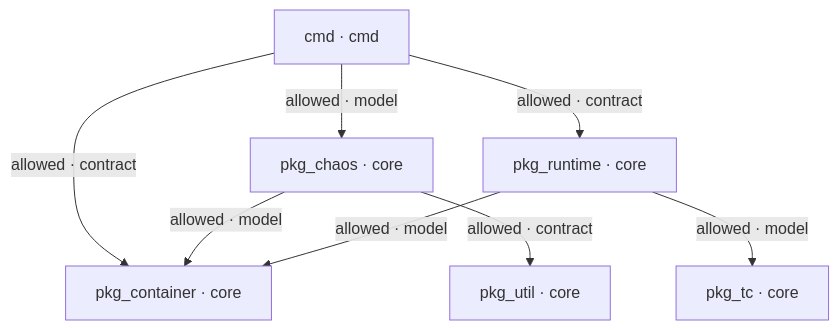
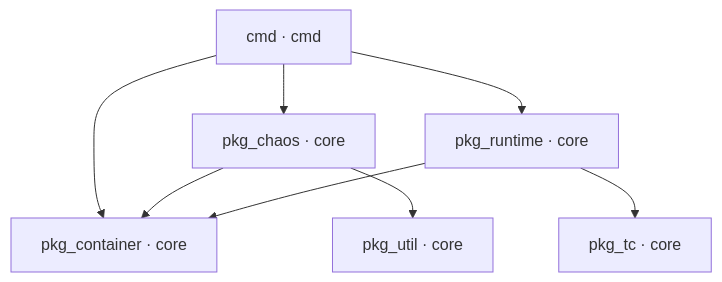
The diagram in docs/architecture.md (alexei-led/pumba), drawn with Mermaid before and after one commit. The commit also changed other lines of this file and 2 other files, not shown here.

````diff
--- a/docs/architecture.md
+++ b/docs/architecture.md
@@ -24,16 +29,16 @@
 ```mermaid
 flowchart TB
-  m0["cmd · cmd"]
-  m1["pkg_chaos · core"]
-  m2["pkg_container · core"]
-  m3["pkg_runtime · core"]
-  m4["pkg_tc · core"]
-  m5["pkg_util · core"]
-  m0 -->|"allowed · model"| m1
-  m0 -->|"allowed · contract"| m2
-  m0 -->|"allowed · contract"| m3
-  m1 -->|"allowed · model"| m2
-  m1 -->|"allowed · contract"| m5
-  m3 -->|"allowed · model"| m2
-  m3 -->|"allowed · model"| m4
+  cmd["cmd · cmd"]
+  chaos["pkg_chaos · core"]
+  container["pkg_container · core"]
+  runtime["pkg_runtime · core"]
+  tc["pkg_tc · core"]
+  util["pkg_util · core"]
+  cmd --> chaos
+  cmd --> container
+  cmd --> runtime
+  chaos --> container
+  chaos --> util
+  runtime --> container
+  runtime --> tc
 ```
````
